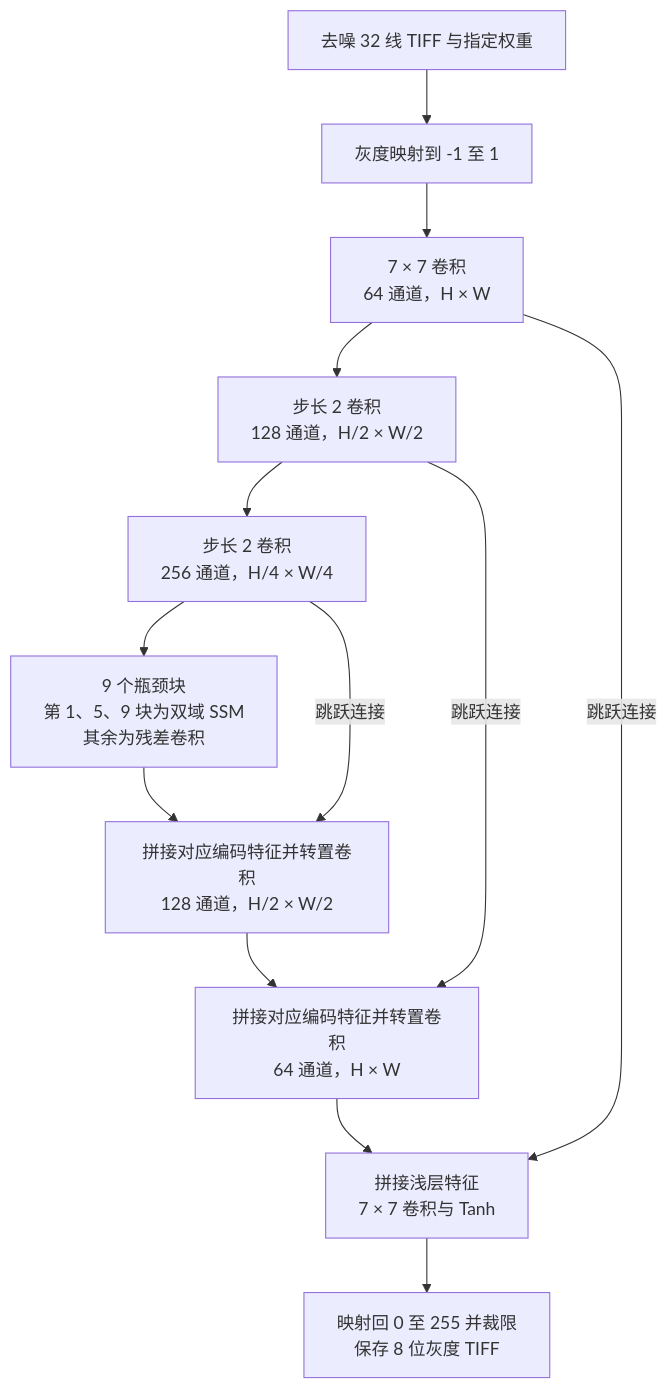
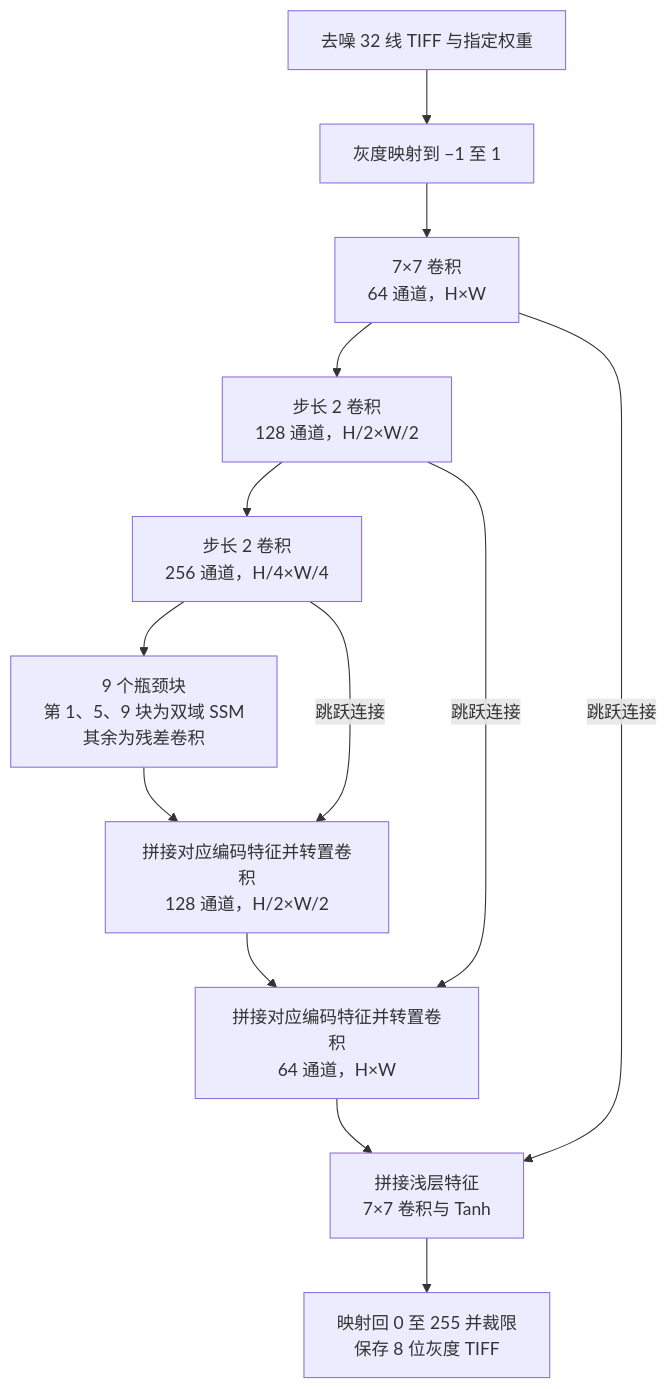
Before and after one commit to LumaVistaLab/hevc-ksvd-mamba-for-ultrasound: the sixth of 7 diagrams in README_zh-CN.md, drawn with Mermaid. The commit also changed other lines of this file and 3 other files, not shown here.

````diff
--- a/README_zh-CN.md
+++ b/README_zh-CN.md
@@ -510,15 +510,15 @@
 ```mermaid
 flowchart TD
-    Input["去噪 32 线 TIFF 与指定权重"] --> Normalize["灰度映射到 -1 至 1"]
-    Normalize --> E1["7 × 7 卷积<br/>64 通道，H × W"]
-    E1 --> E2["步长 2 卷积<br/>128 通道，H/2 × W/2"]
-    E2 --> E3["步长 2 卷积<br/>256 通道，H/4 × W/4"]
+    Input["去噪 32 线 TIFF 与指定权重"] --> Normalize["灰度映射到 −1 至 1"]
+    Normalize --> E1["7×7 卷积<br/>64 通道，H×W"]
+    E1 --> E2["步长 2 卷积<br/>128 通道，H/2×W/2"]
+    E2 --> E3["步长 2 卷积<br/>256 通道，H/4×W/4"]
     E3 --> Bottleneck["9 个瓶颈块<br/>第 1、5、9 块为双域 SSM<br/>其余为残差卷积"]
-    Bottleneck --> D1["拼接对应编码特征并转置卷积<br/>128 通道，H/2 × W/2"]
+    Bottleneck --> D1["拼接对应编码特征并转置卷积<br/>128 通道，H/2×W/2"]
     E3 -->|跳跃连接| D1
-    D1 --> D2["拼接对应编码特征并转置卷积<br/>64 通道，H × W"]
+    D1 --> D2["拼接对应编码特征并转置卷积<br/>64 通道，H×W"]
     E2 -->|跳跃连接| D2
-    D2 --> Head["拼接浅层特征<br/>7 × 7 卷积与 Tanh"]
+    D2 --> Head["拼接浅层特征<br/>7×7 卷积与 Tanh"]
     E1 -->|跳跃连接| Head
     Head --> Save["映射回 0 至 255 并裁限<br/>保存 8 位灰度 TIFF"]
 ```
````
